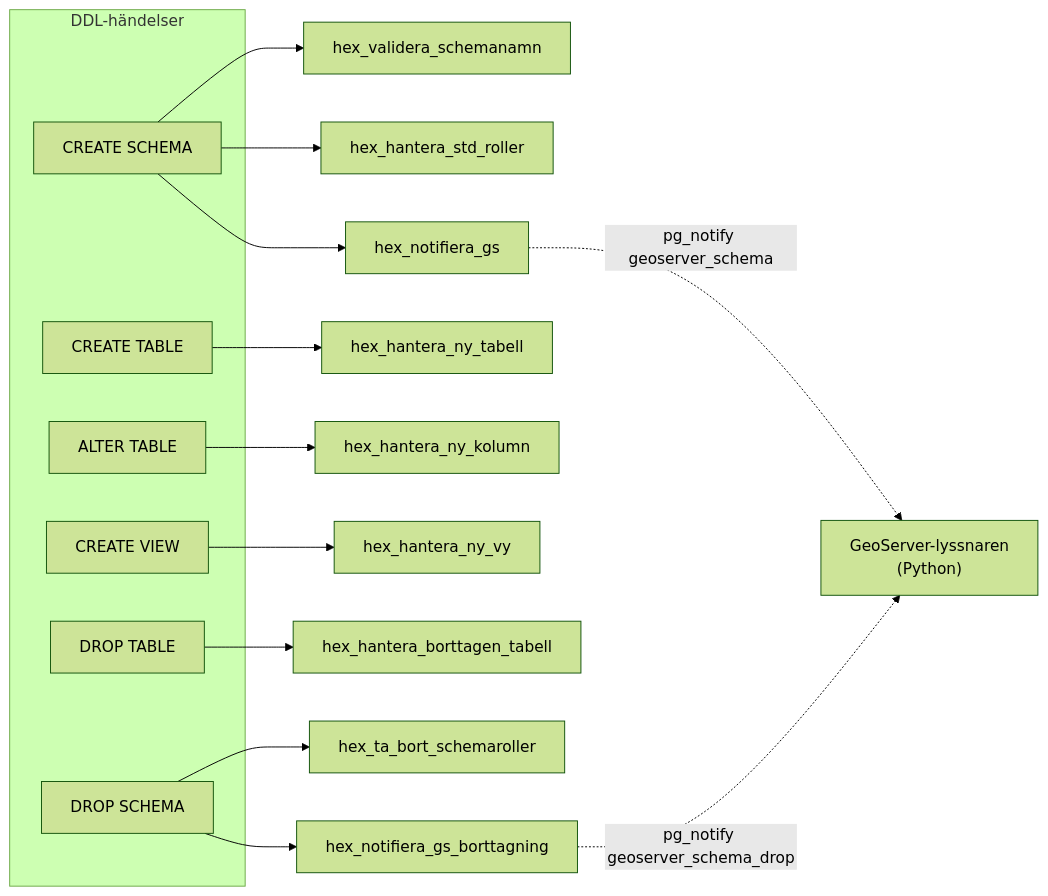
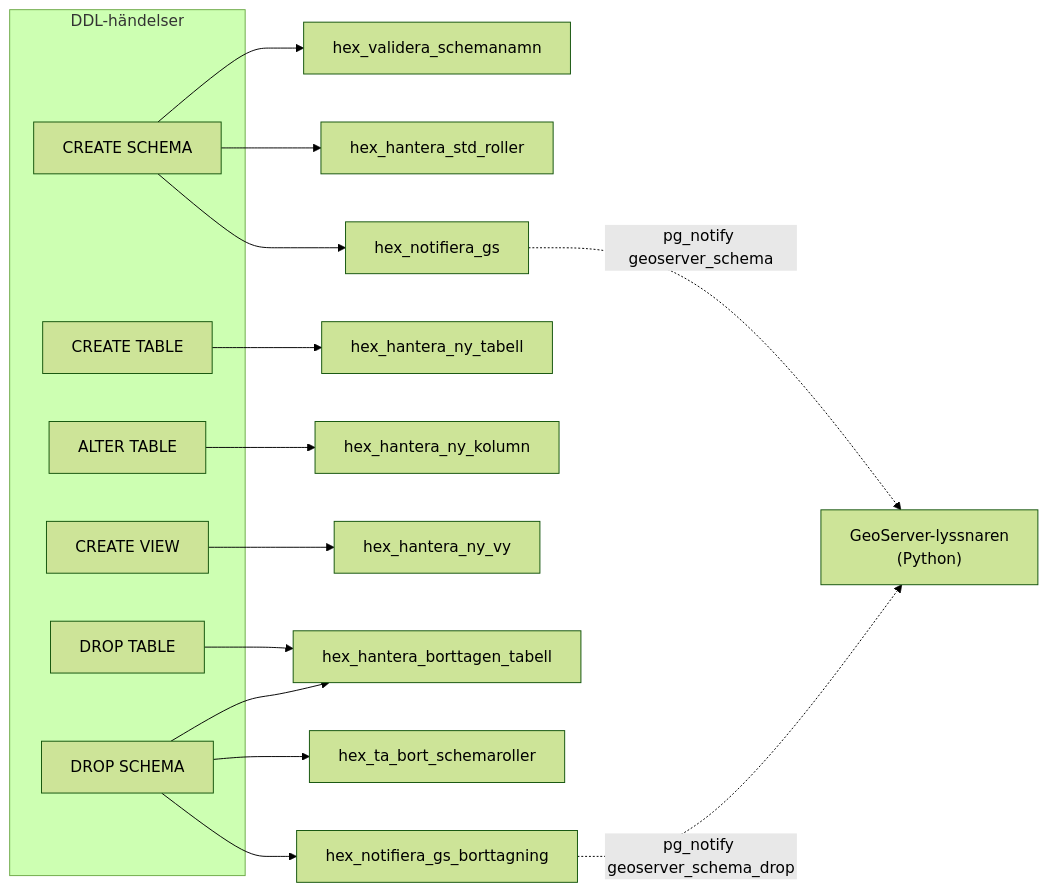
Before and after one commit to Geodata-Kungsbacka/Hex: the first of 9 diagrams in LOGIC_MAP.md, drawn with Mermaid (forest theme). The commit also changed other lines of this file and 6 other files, not shown here.

First line of the commit message:
Rensa hex_metadata m.fl. vid DROP SCHEMA CASCADE

````diff
--- a/LOGIC_MAP.md
+++ b/LOGIC_MAP.md
@@ -26,23 +26,24 @@
 ```mermaid
 flowchart LR
     subgraph DDL["DDL-händelser"]
         CS["CREATE SCHEMA"]
         CT["CREATE TABLE"]
         AT["ALTER TABLE"]
         CV["CREATE VIEW"]
         DT["DROP TABLE"]
         DS["DROP SCHEMA"]
     end
 
     CS --> VS["hex_validera_schemanamn"]
     CS --> HSR["hex_hantera_std_roller"]
     CS --> NG["hex_notifiera_gs"]
     CT --> HNT["hex_hantera_ny_tabell"]
     AT --> HK["hex_hantera_ny_kolumn"]
     CV --> HNV["hex_hantera_ny_vy"]
     DT --> HBT["hex_hantera_borttagen_tabell"]
     DS --> TBS["hex_ta_bort_schemaroller"]
+    DS --> HBT
     DS --> NGB["hex_notifiera_gs_borttagning"]
     NG  -.->|pg_notify geoserver_schema| GS["GeoServer-lyssnaren<br/>(Python)"]
     NGB -.->|pg_notify geoserver_schema_drop| GS
 ```
````
